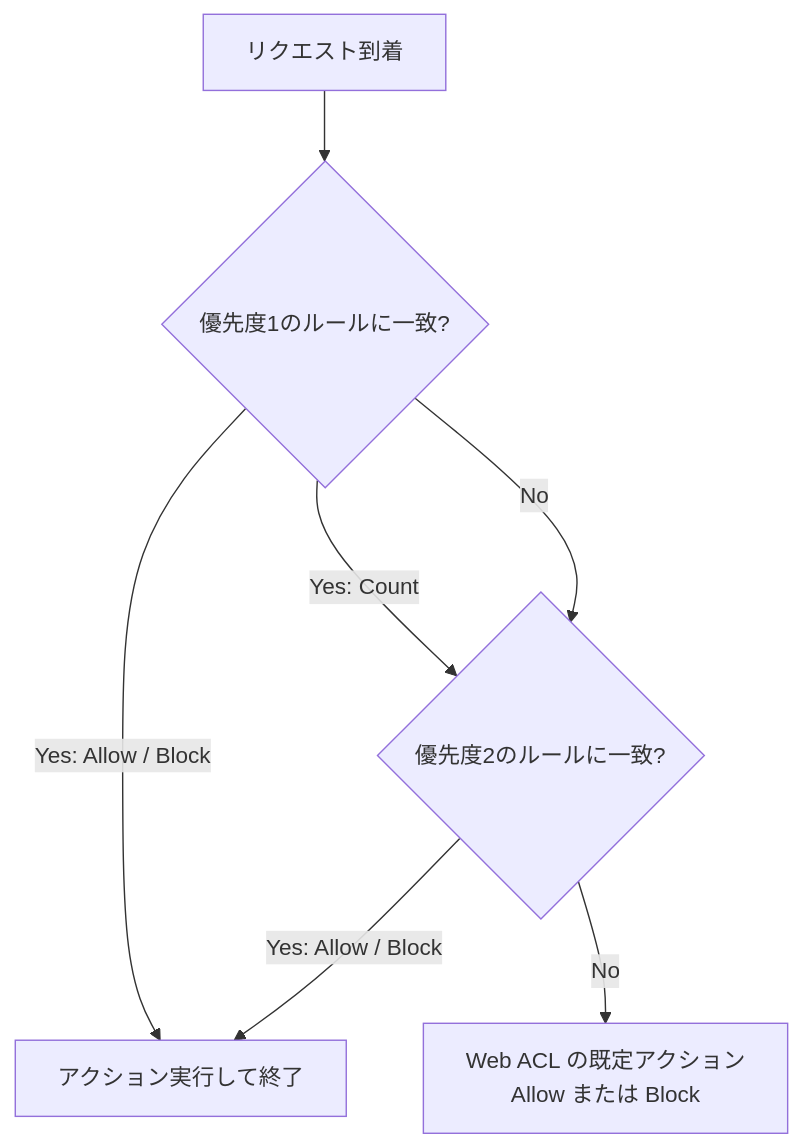
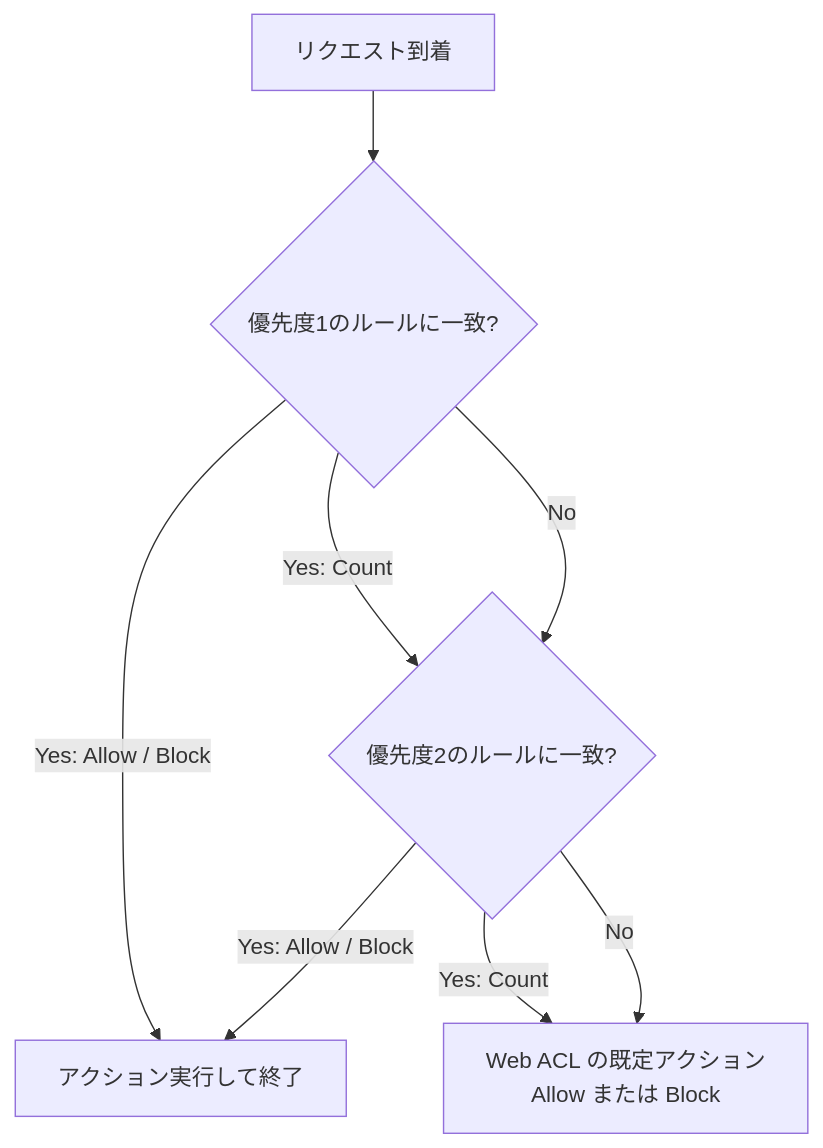
Before and after one commit to myoshi2891/Cloud-Infrastructure-and-Network-Studies: the fifth of 31 diagrams in Ans-c01-domain4-network-security-compliance-governance-guide.md, drawn with Mermaid. The commit also changed other lines of this file and 3 other files, not shown here.

````diff
--- a/Ans-c01-domain4-network-security-compliance-governance-guide.md
+++ b/Ans-c01-domain4-network-security-compliance-governance-guide.md
@@ -225,9 +225,10 @@
 ```mermaid
 flowchart TD
     REQ["リクエスト到着"] --> P1{"優先度1のルールに一致?"}
     P1 -- "Yes: Allow / Block" --> END1["アクション実行して終了"]
     P1 -- "Yes: Count" --> P2
     P1 -- "No" --> P2{"優先度2のルールに一致?"}
     P2 -- "Yes: Allow / Block" --> END1
+    P2 -- "Yes: Count" --> DEF
     P2 -- "No" --> DEF["Web ACL の既定アクション<br/>Allow または Block"]
 ```
````
